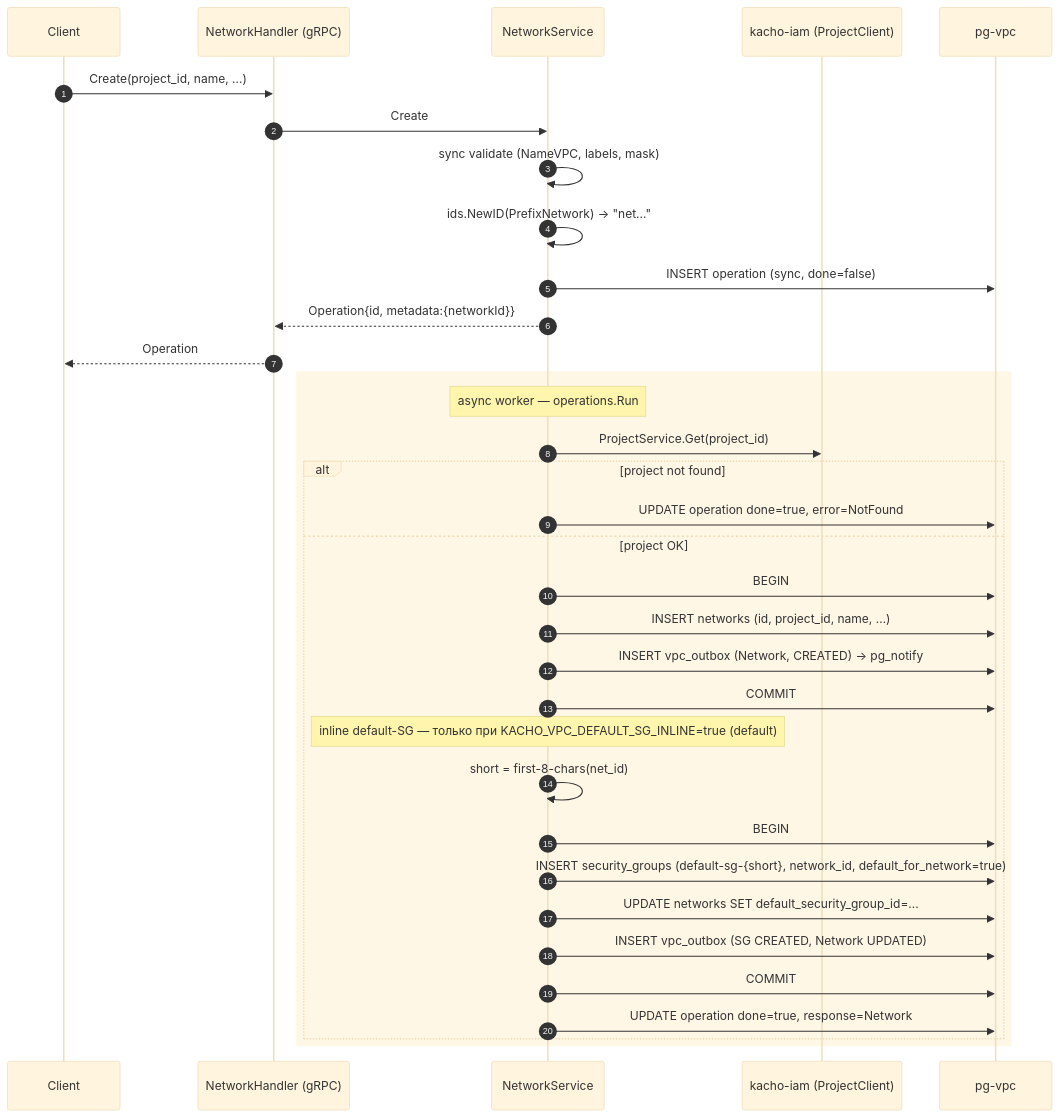
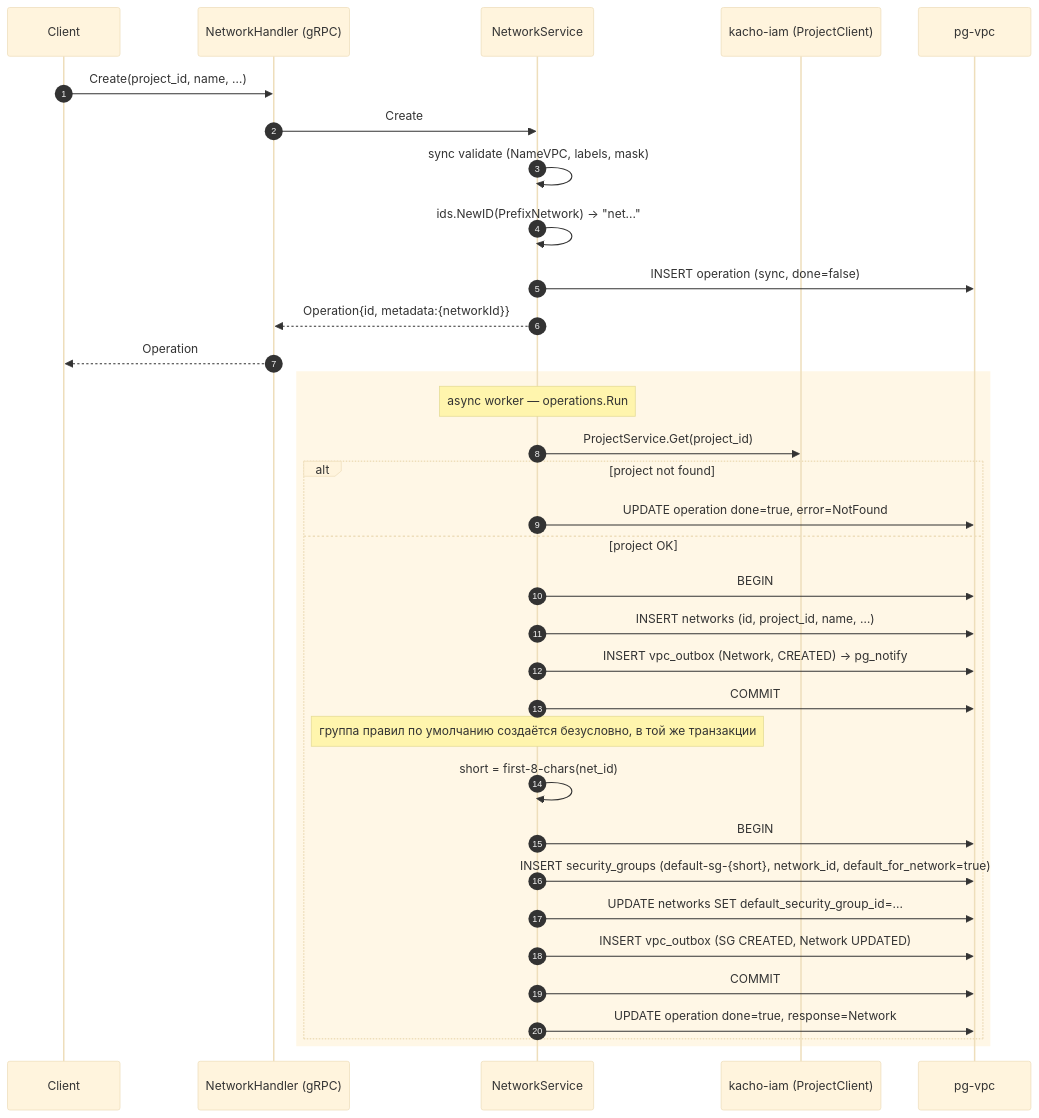
Before and after one commit to PRO-Robotech/kacho: the first of 10 diagrams in services/vpc/docs/engineering/architecture/02-data-flows.md, drawn with Mermaid (base theme). The commit also changed other lines of this file and 44 other files, not shown here.

````diff
--- a/services/vpc/docs/engineering/architecture/02-data-flows.md
+++ b/services/vpc/docs/engineering/architecture/02-data-flows.md
@@ -21,40 +21,40 @@
 ```mermaid
 sequenceDiagram
   autonumber
   participant U as Client
   participant H as NetworkHandler (gRPC)
   participant S as NetworkService
   participant RM as kacho-iam (ProjectClient)
   participant DB as pg-vpc
 
   U->>H: Create(project_id, name, …)
   H->>S: Create
   S->>S: sync validate (NameVPC, labels, mask)
   S->>S: ids.NewID(PrefixNetwork) → "net..."
   S->>DB: INSERT operation (sync, done=false)
   S-->>H: Operation{id, metadata:{networkId}}
   H-->>U: Operation
 
   rect rgb(255,247,230)
   Note over S: async worker — operations.Run
   S->>RM: ProjectService.Get(project_id)
   alt project not found
     S->>DB: UPDATE operation done=true, error=NotFound
   else project OK
     S->>DB: BEGIN
     S->>DB: INSERT networks (id, project_id, name, …)
     S->>DB: INSERT vpc_outbox (Network, CREATED) → pg_notify
     S->>DB: COMMIT
 
-    Note over S: inline default-SG — только при KACHO_VPC_DEFAULT_SG_INLINE=true (default)
+    Note over S: группа правил по умолчанию создаётся безусловно, в той же транзакции
     S->>S: short = first-8-chars(net_id)
     S->>DB: BEGIN
     S->>DB: INSERT security_groups (default-sg-{short}, network_id, default_for_network=true)
     S->>DB: UPDATE networks SET default_security_group_id=...
     S->>DB: INSERT vpc_outbox (SG CREATED, Network UPDATED)
     S->>DB: COMMIT
 
     S->>DB: UPDATE operation done=true, response=Network
   end
   end
 ```
````
